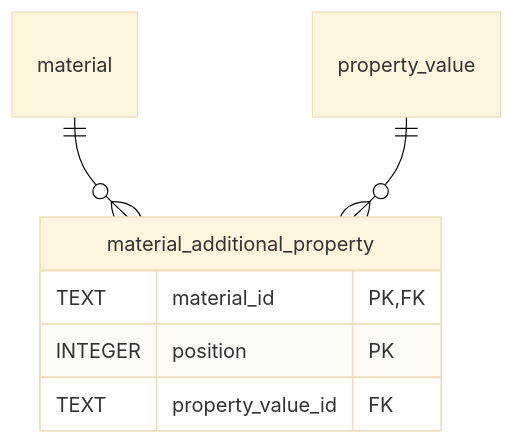
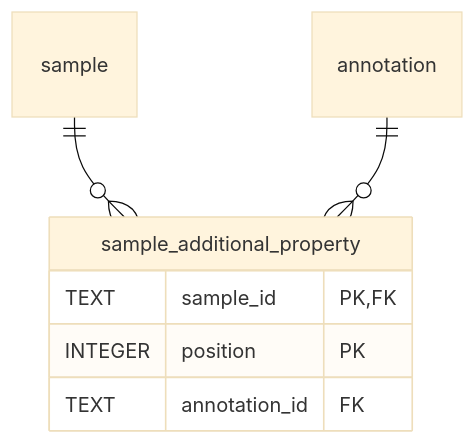
Diagram 17 of 18 in schemas/sql/design.md (HLWeil/ProcessCore), drawn with Mermaid (base theme) before and after one commit. The commit also changed other lines of this file and 134 other files, not shown here.

````diff
--- a/schemas/sql/design.md
+++ b/schemas/sql/design.md
@@ -504,10 +504,10 @@
 ```mermaid
 erDiagram
-    material_additional_property {
-        TEXT material_id PK,FK
+    sample_additional_property {
+        TEXT sample_id PK,FK
         INTEGER position PK
-        TEXT property_value_id FK
+        TEXT annotation_id FK
     }
-    material ||--o{ material_additional_property : ""
-    property_value ||--o{ material_additional_property : ""
+    sample ||--o{ sample_additional_property : ""
+    annotation ||--o{ sample_additional_property : ""
 ```
````
